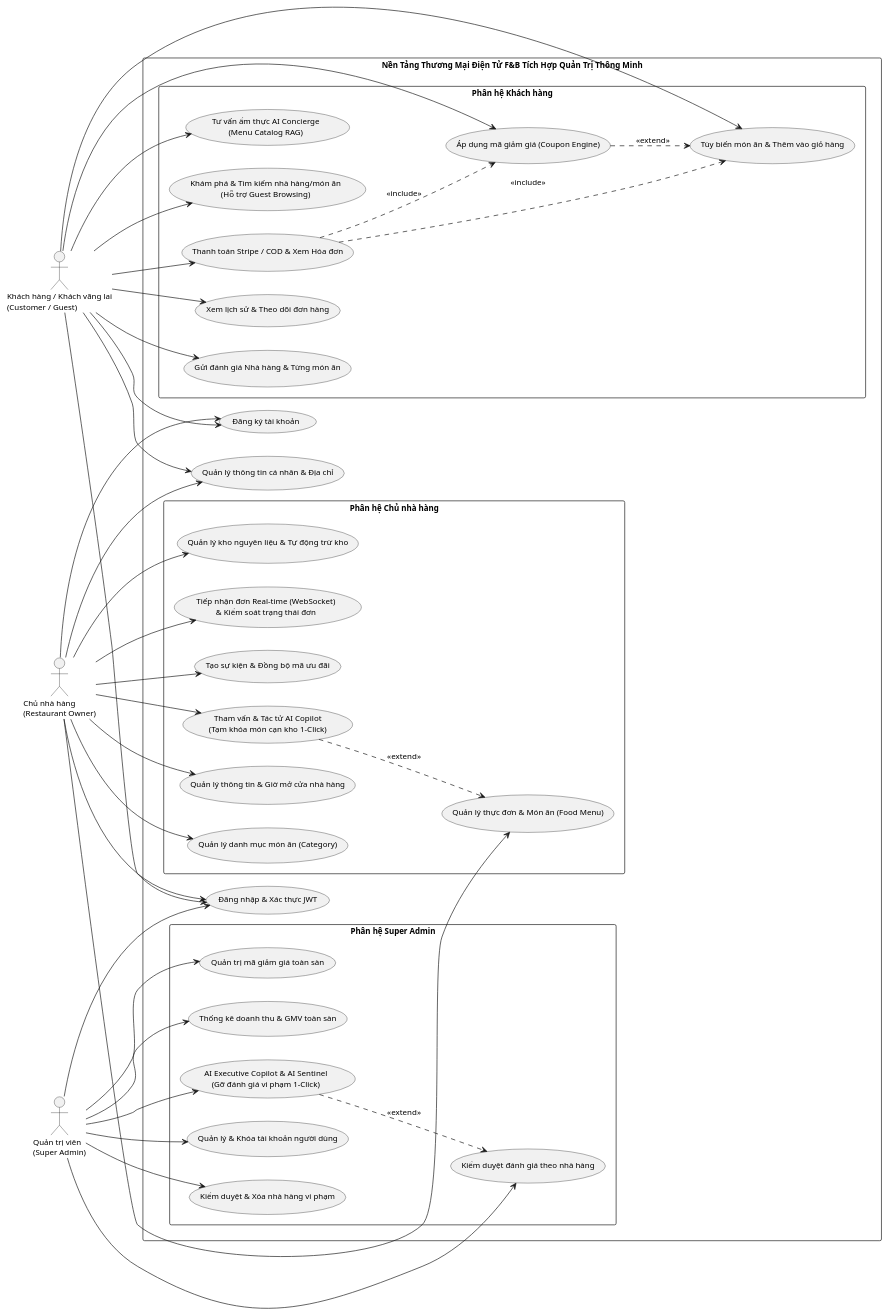
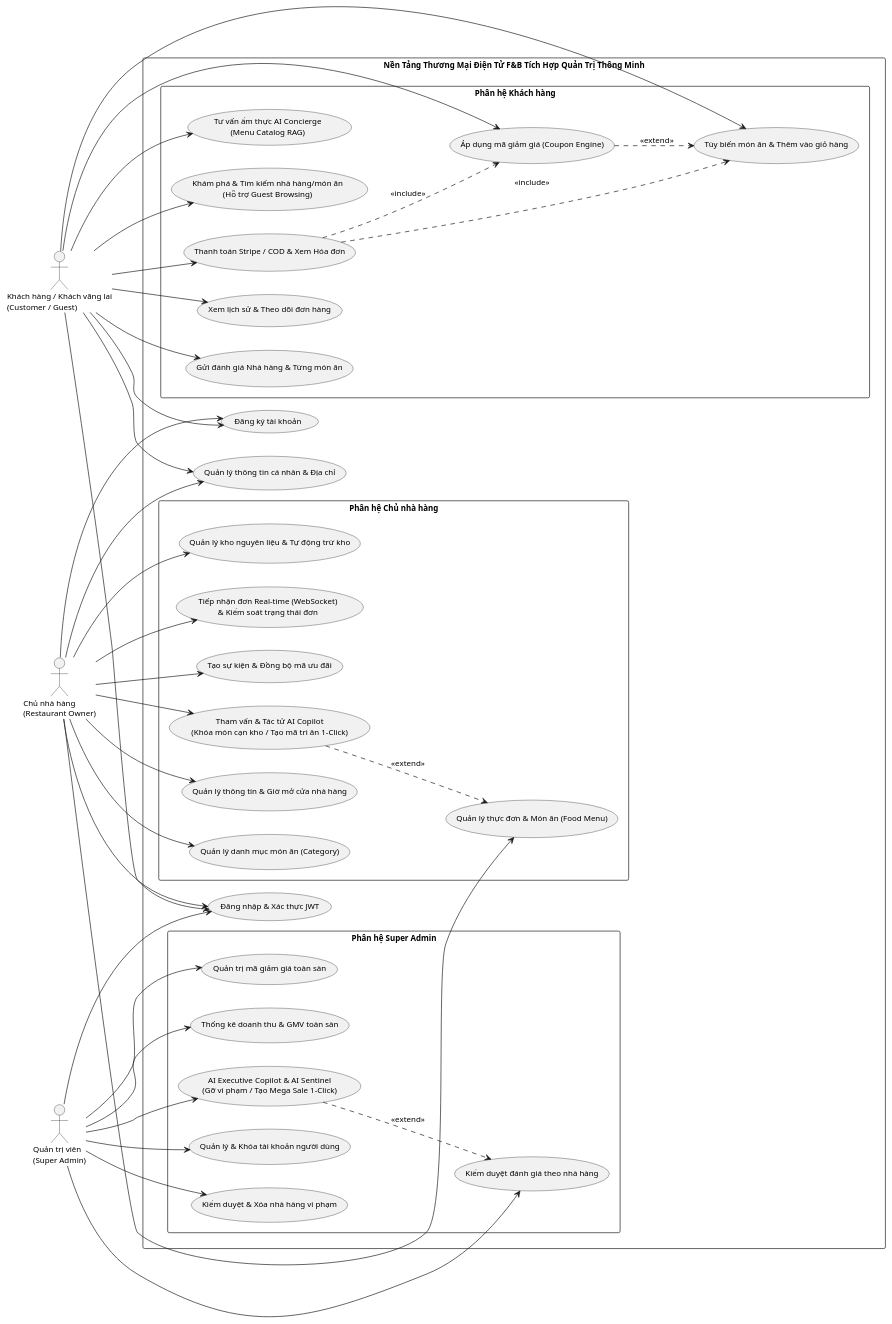
One commit to lequocanh1401/Online-Food-Ordering changed the diagram in uet-graduation-thesis/figures/fig_usecase_general.puml. Above: the diagram before and after it, drawn with PlantUML. The commit also changed 7 other files, not shown here.

```diff
--- a/uet-graduation-thesis/figures/fig_usecase_general.puml
+++ b/uet-graduation-thesis/figures/fig_usecase_general.puml
@@ -1,90 +1,90 @@
 @startuml
 left to right direction
 skinparam packageStyle rectangle
 skinparam shadowing false
 skinparam defaultFontName "Segoe UI"
 skinparam DefaultFontSize 12
 
 actor "Khách hàng / Khách vãng lai\n(Customer / Guest)" as customer
 actor "Chủ nhà hàng\n(Restaurant Owner)" as owner
 actor "Quản trị viên\n(Super Admin)" as admin
 
 rectangle "Nền Tảng Thương Mại Điện Tử F&B Tích Hợp Quản Trị Thông Minh" {
     ' Nhóm xác thực
     usecase "Đăng ký tài khoản" as UC_Register
     usecase "Đăng nhập & Xác thực JWT" as UC_Login
     usecase "Quản lý thông tin cá nhân & Địa chỉ" as UC_Profile
 
     ' Phân hệ Khách hàng
     package "Phân hệ Khách hàng" {
         usecase "Khám phá & Tìm kiếm nhà hàng/món ăn\n(Hỗ trợ Guest Browsing)" as UC_Search
         usecase "Tùy biến món ăn & Thêm vào giỏ hàng" as UC_Cart
         usecase "Áp dụng mã giảm giá (Coupon Engine)" as UC_ApplyCoupon
         usecase "Thanh toán Stripe / COD & Xem Hóa đơn" as UC_Payment
         usecase "Xem lịch sử & Theo dõi đơn hàng" as UC_TrackOrder
         usecase "Gửi đánh giá Nhà hàng & Từng món ăn" as UC_Review
         usecase "Tư vấn ẩm thực AI Concierge\n(Menu Catalog RAG)" as UC_ChatbotRAG
     }
 
     ' Phân hệ Chủ nhà hàng
     package "Phân hệ Chủ nhà hàng" {
         usecase "Quản lý thông tin & Giờ mở cửa nhà hàng" as UC_ManageRest
         usecase "Quản lý danh mục món ăn (Category)" as UC_ManageCategory
         usecase "Quản lý thực đơn & Món ăn (Food Menu)" as UC_ManageFood
         usecase "Quản lý kho nguyên liệu & Tự động trừ kho" as UC_ManageIngredients
         usecase "Tiếp nhận đơn Real-time (WebSocket)\n& Kiểm soát trạng thái đơn" as UC_ManageOrder
         usecase "Tạo sự kiện & Đồng bộ mã ưu đãi" as UC_ManageEvents
-        usecase "Tham vấn & Tác tử AI Copilot\n(Tạm khóa món cạn kho 1-Click)" as UC_OwnerCopilot
+        usecase "Tham vấn & Tác tử AI Copilot\n(Khóa món cạn kho / Tạo mã tri ân 1-Click)" as UC_OwnerCopilot
     }
 
     ' Phân hệ Super Admin
     package "Phân hệ Super Admin" {
         usecase "Quản lý & Khóa tài khoản người dùng" as UC_AdminUsers
         usecase "Kiểm duyệt & Xóa nhà hàng vi phạm" as UC_AdminRest
         usecase "Kiểm duyệt đánh giá theo nhà hàng" as UC_AdminReview
         usecase "Quản trị mã giảm giá toàn sàn" as UC_AdminCoupon
         usecase "Thống kê doanh thu & GMV toàn sàn" as UC_AdminStats
-        usecase "AI Executive Copilot & AI Sentinel\n(Gỡ đánh giá vi phạm 1-Click)" as UC_AdminCopilot
+        usecase "AI Executive Copilot & AI Sentinel\n(Gỡ vi phạm / Tạo Mega Sale 1-Click)" as UC_AdminCopilot
     }
 }
 
 ' Quan hệ Khách hàng
 customer --> UC_Register
 customer --> UC_Login
 customer --> UC_Profile
 customer --> UC_Search
 customer --> UC_Cart
 customer --> UC_ApplyCoupon
 customer --> UC_Payment
 customer --> UC_TrackOrder
 customer --> UC_Review
 customer --> UC_ChatbotRAG
 
 ' Quan hệ Chủ nhà hàng
 owner --> UC_Register
 owner --> UC_Login
 owner --> UC_Profile
 owner --> UC_ManageRest
 owner --> UC_ManageCategory
 owner --> UC_ManageFood
 owner --> UC_ManageIngredients
 owner --> UC_ManageOrder
 owner --> UC_ManageEvents
 owner --> UC_OwnerCopilot
 
 ' Quan hệ Super Admin
 admin --> UC_Login
 admin --> UC_AdminUsers
 admin --> UC_AdminRest
 admin --> UC_AdminReview
 admin --> UC_AdminCoupon
 admin --> UC_AdminStats
 admin --> UC_AdminCopilot
 
 ' Mở rộng / Include
 UC_Payment ..> UC_Cart : <<include>>
 UC_ApplyCoupon ..> UC_Cart : <<extend>>
 UC_Payment ..> UC_ApplyCoupon : <<include>>
 UC_OwnerCopilot ..> UC_ManageFood : <<extend>>
 UC_AdminCopilot ..> UC_AdminReview : <<extend>>
 @enduml
```
